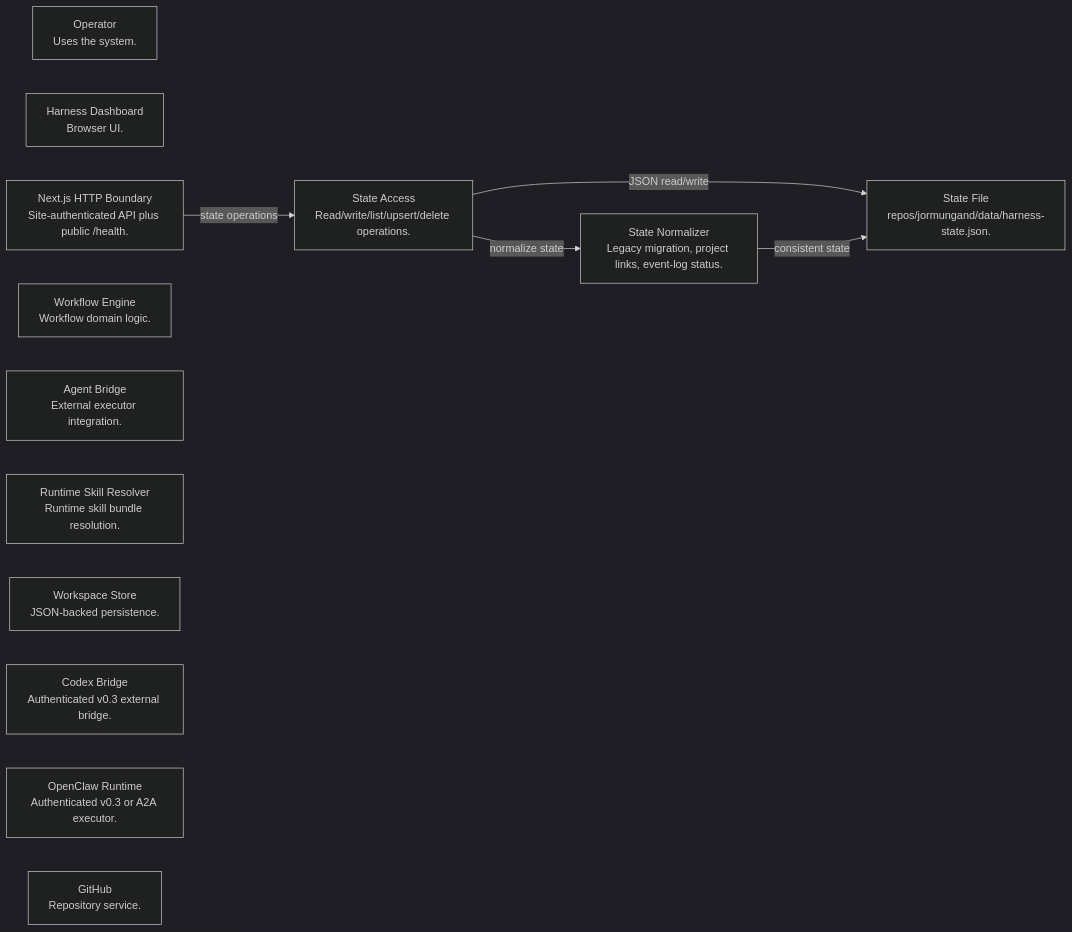
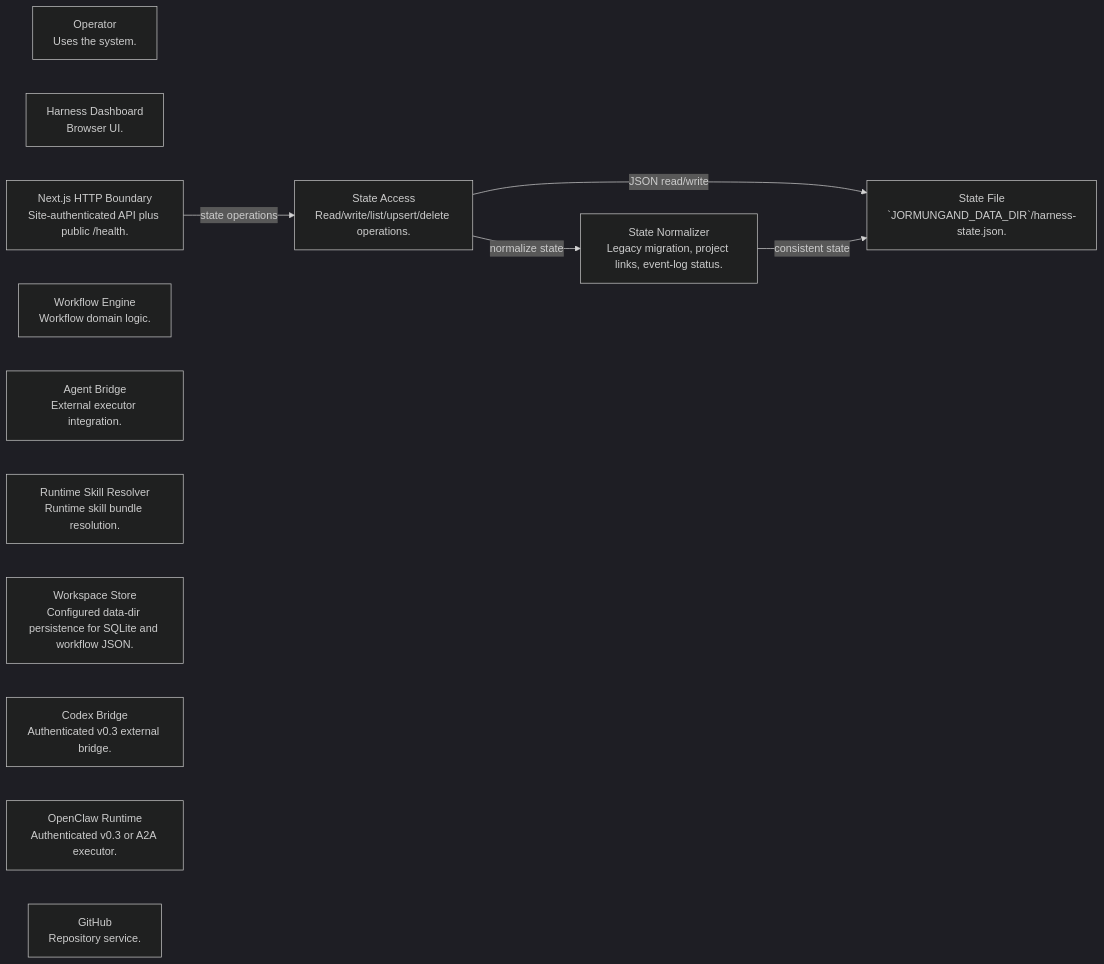
One commit to linderwu/harness-framework changed the diagram in wiki/c4/diagrams/component-workspace-store.mmd. Above: the diagram before and after it, drawn with Mermaid (dark theme). The commit also changed 23 other files, not shown here.

```diff
--- a/wiki/c4/diagrams/component-workspace-store.mmd
+++ b/wiki/c4/diagrams/component-workspace-store.mmd
@@ -1,19 +1,19 @@
 flowchart LR
   %% Workspace Store Components
   operator["Operator<br/>Uses the system."]
   dashboard["Harness Dashboard<br/>Browser UI."]
   api["Next.js HTTP Boundary<br/>Site-authenticated API plus public /health."]
   engine["Workflow Engine<br/>Workflow domain logic."]
   bridge["Agent Bridge<br/>External executor integration."]
   resolver["Runtime Skill Resolver<br/>Runtime skill bundle resolution."]
-  store["Workspace Store<br/>JSON-backed persistence."]
+  store["Workspace Store<br/>Configured data-dir persistence for SQLite and workflow JSON."]
   codex["Codex Bridge<br/>Authenticated v0.3 external bridge."]
   openclaw["OpenClaw Runtime<br/>Authenticated v0.3 or A2A executor."]
   github["GitHub<br/>Repository service."]
-  file["State File<br/>repos/jormungand/data/harness-state.json."]
+  file["State File<br/>`JORMUNGAND_DATA_DIR`/harness-state.json."]
   access["State Access<br/>Read/write/list/upsert/delete operations."]
   normalize["State Normalizer<br/>Legacy migration, project links, event-log status."]
   api -->|"state operations"| access
   access -->|"JSON read/write"| file
   access -->|"normalize state"| normalize
   normalize -->|"consistent state"| file
```
